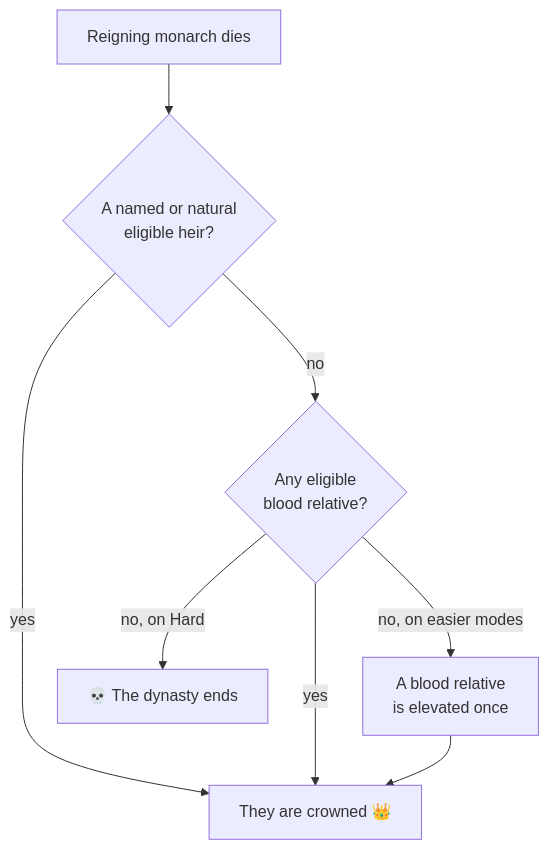
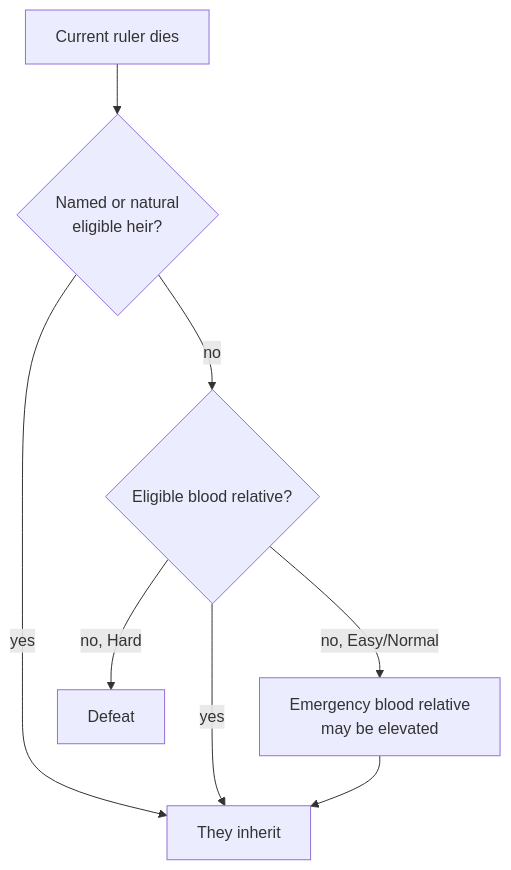
One commit to kroryan/Quartz-HispaniaBeta changed the diagram in content/dynasty/Your Dynasty and Heirs.md. Above: the diagram before and after it, drawn with Mermaid. The commit also changed other lines of this file and 35 other files, not shown here.

````diff
--- a/content/dynasty/Your Dynasty and Heirs.md
+++ b/content/dynasty/Your Dynasty and Heirs.md
@@ -25,10 +25,10 @@
 ```mermaid
 flowchart TD
-    K[Reigning monarch dies] --> Q1{A named or natural<br/>eligible heir?}
-    Q1 -->|yes| H[They are crowned 👑]
-    Q1 -->|no| Q2{Any eligible<br/>blood relative?}
+    K[Current ruler dies] --> Q1{Named or natural<br/>eligible heir?}
+    Q1 -->|yes| H[They inherit]
+    Q1 -->|no| Q2{Eligible blood relative?}
     Q2 -->|yes| H
-    Q2 -->|no, on easier modes| R[A blood relative<br/>is elevated once]
-    Q2 -->|no, on Hard| X[💀 The dynasty ends]
+    Q2 -->|no, Easy/Normal| R[Emergency blood relative<br/>may be elevated]
+    Q2 -->|no, Hard| X[Defeat]
     R --> H
 ```
````
